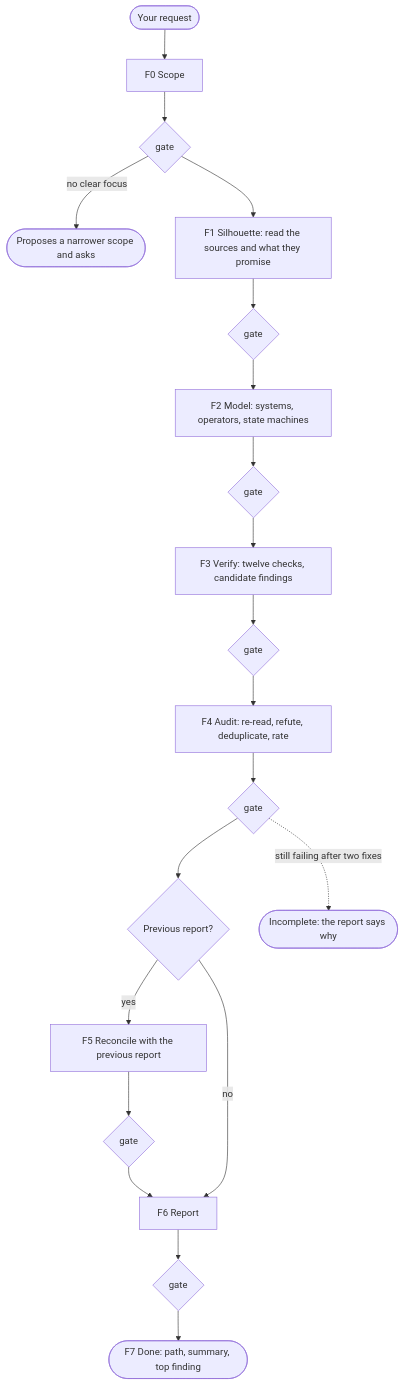
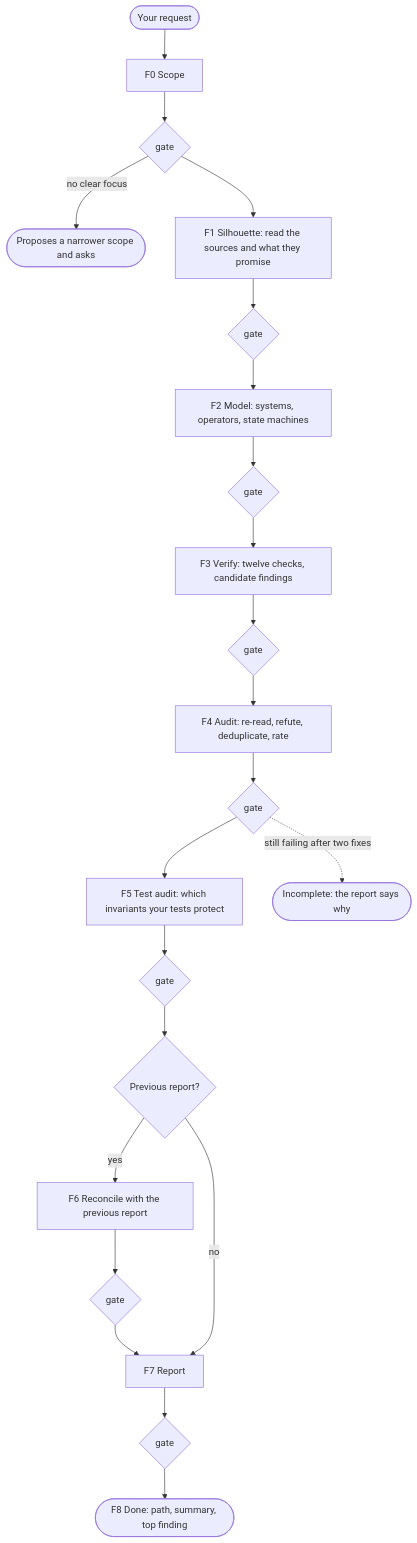
One commit to gdavidpb/systemic changed the diagram in README.md. Above: the diagram before and after it, drawn with Mermaid. The commit also changed other lines of this file and 19 other files, not shown here.

First line of the commit message:
Add a test-audit phase that checks which invariants the suite protects

````diff
--- a/README.md
+++ b/README.md
@@ -103,15 +110,16 @@
 ```mermaid
 flowchart TD
   REQ(["Your request"]) --> F0["F0 Scope"]
   F0 --> G0{"gate"}
   G0 -- "no clear focus" --> ASK(["Proposes a narrower scope and asks"])
   G0 --> F1["F1 Silhouette: read the sources and what they promise"]
   F1 --> G1{"gate"} --> F2["F2 Model: systems, operators, state machines"]
   F2 --> G2{"gate"} --> F3["F3 Verify: twelve checks, candidate findings"]
   F3 --> G3{"gate"} --> F4["F4 Audit: re-read, refute, deduplicate, rate"]
-  F4 --> G4{"gate"} --> PR{"Previous report?"}
-  PR -- "yes" --> F5["F5 Reconcile with the previous report"] --> G5{"gate"} --> F6
-  PR -- "no" --> F6["F6 Report"]
-  F6 --> G6{"gate"} --> F7(["F7 Done: path, summary, top finding"])
+  F4 --> G4{"gate"} --> F5["F5 Test audit: which invariants your tests protect"]
+  F5 --> G5{"gate"} --> PR{"Previous report?"}
+  PR -- "yes" --> F6["F6 Reconcile with the previous report"] --> G6{"gate"} --> F7
+  PR -- "no" --> F7["F7 Report"]
+  F7 --> G7{"gate"} --> F8(["F8 Done: path, summary, top finding"])
   G4 -. "still failing after two fixes" .-> INC(["Incomplete: the report says why"])
 ```
````
